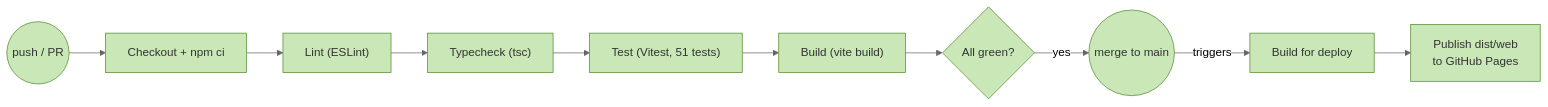
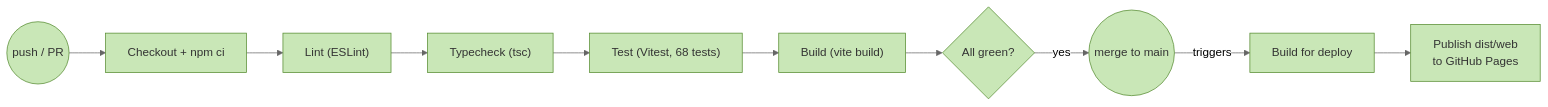
The second of 2 diagrams in docs/ea/5_technology/2_deployment.md (roanboc/fractal-tree-generator), drawn with Mermaid (neutral theme) before and after one commit. The commit also changed other lines of this file and 42 other files, not shown here.

````diff
--- a/docs/ea/5_technology/2_deployment.md
+++ b/docs/ea/5_technology/2_deployment.md
@@ -52,19 +52,19 @@
 ```mermaid
 flowchart LR
   push(("push / PR")):::technology
   checkout["Checkout + npm ci"]:::technology
   lint["Lint (ESLint)"]:::technology
   typecheck["Typecheck (tsc)"]:::technology
-  test["Test (Vitest, 51 tests)"]:::technology
+  test["Test (Vitest, 68 tests)"]:::technology
   build["Build (vite build)"]:::technology
   gate{"All green?"}:::technology
   merge(("merge to main")):::technology
   deploybuild["Build for deploy"]:::technology
   publish["Publish dist/web<br>to GitHub Pages"]:::technology
 
   push --> checkout --> lint --> typecheck --> test --> build --> gate
   gate -->|yes| merge
   merge -->|triggers| deploybuild --> publish
 
   classDef technology fill:#c9e7b7,stroke:#558b2f,color:#333
 ```
````
